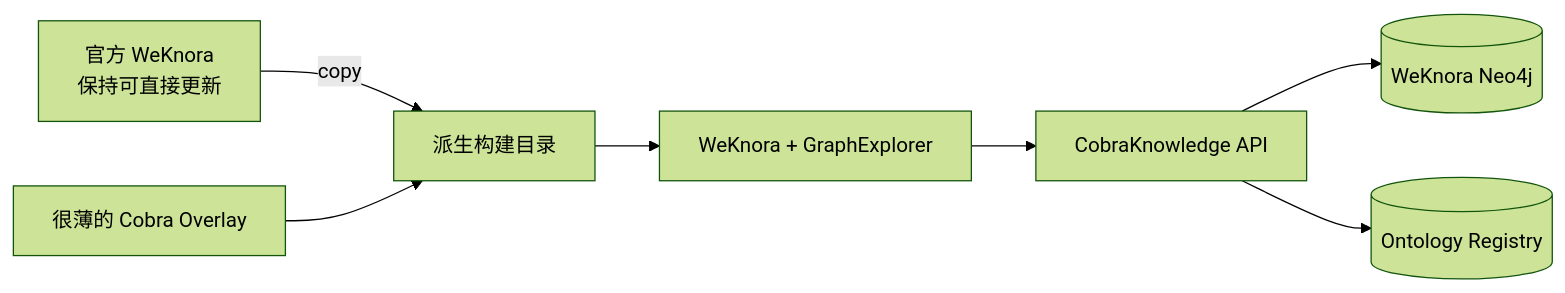
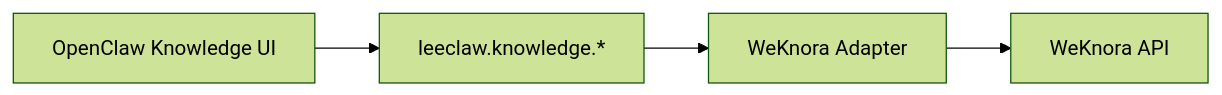
Before and after one commit to superbuzzy/Weknora-Semantica: the second of 5 diagrams in README.md, drawn with Mermaid (forest theme). The commit also changed other lines of this file and 40 other files, not shown here.

First line of the commit message:
LeeClaw v0.5 — OpenClaw 主干 + WeKnora Knowledge + OpenViking Memory/Skill

````diff
--- a/README.md
+++ b/README.md
@@ -213,10 +156,9 @@
 ```mermaid
 flowchart LR
-    W[官方 WeKnora<br/>保持可直接更新] -->|copy| D[派生构建目录]
-    O[很薄的 Cobra Overlay] --> D
-    D --> UI[WeKnora + GraphExplorer]
+    UI[OpenClaw Knowledge UI]
+    RPC[leeclaw.knowledge.*]
+    AD[WeKnora Adapter]
+    WK[WeKnora API]
 
-    UI --> API[CobraKnowledge API]
-    API --> N[(WeKnora Neo4j)]
-    API --> R[(Ontology Registry)]
+    UI --> RPC --> AD --> WK
 ```
````
